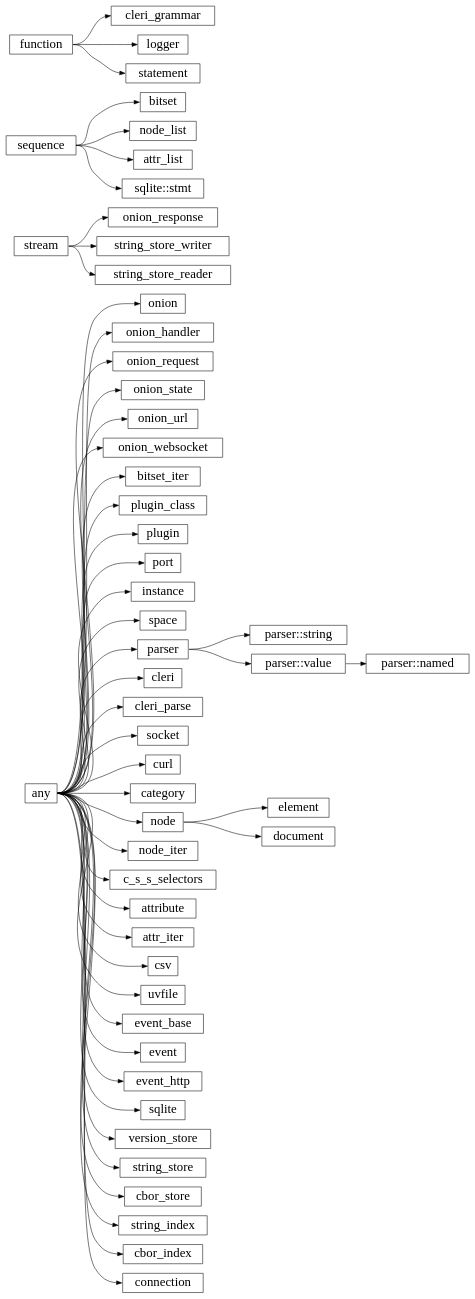
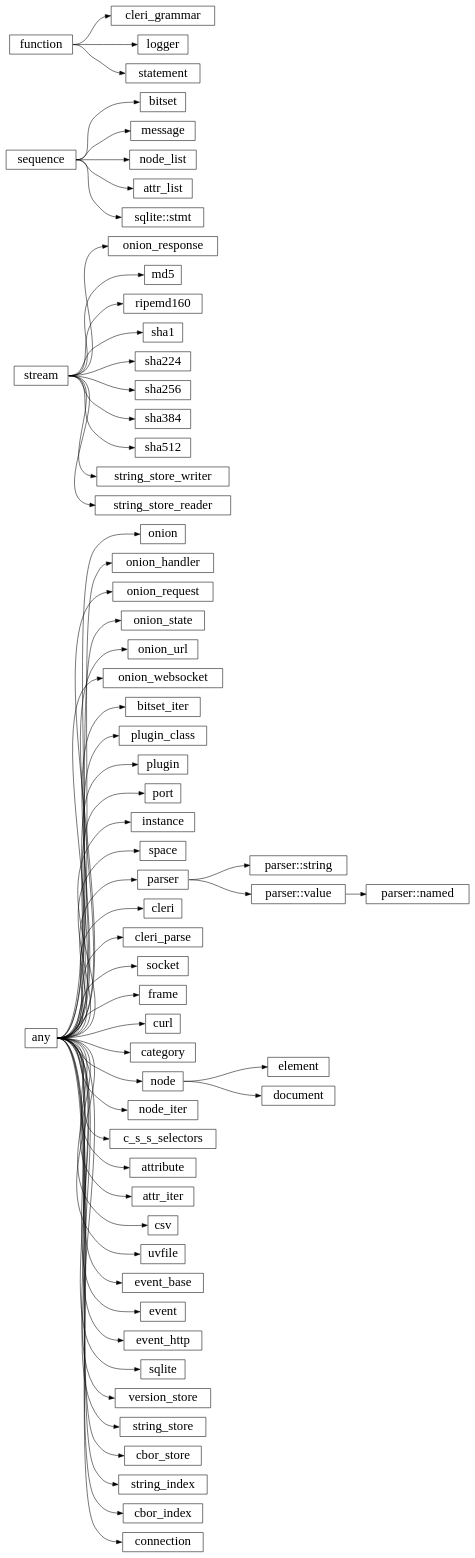
Before and after one commit to wrapl/minilang-libs: the diagram in docs/library/hierarchy.rst, drawn with Graphviz. The commit also changed 19 other files, not shown here.

```diff
--- a/docs/library/hierarchy.rst
+++ b/docs/library/hierarchy.rst
@@ -5,61 +5,70 @@
 .. graphviz::
 
    digraph hierarchy {
       rankdir="LR";
       fontsize="40pt"
       concentrate=true;
       overlap=false;
       packMode="node";
       outputorder="edgesfirst";
       node [shape=box,fontsize=24];
       "any":e -> "onion":w;
       "any":e -> "onion_handler":w;
       "any":e -> "onion_request":w;
       "stream":e -> "onion_response":w;
       "any":e -> "onion_state":w;
       "any":e -> "onion_url":w;
       "any":e -> "onion_websocket":w;
       "sequence":e -> "bitset":w;
       "any":e -> "bitset_iter":w;
       "any":e -> "plugin_class":w;
       "any":e -> "plugin":w;
       "any":e -> "port":w;
       "any":e -> "instance":w;
       "any":e -> "space":w;
       "any":e -> "parser":w;
       "parser":e -> "parser::string":w;
       "parser":e -> "parser::value":w;
       "parser::value":e -> "parser::named":w;
       "any":e -> "cleri":w;
       "any":e -> "cleri_parse":w;
       "function":e -> "cleri_grammar":w;
       "any":e -> "socket":w;
+      "any":e -> "frame":w;
+      "sequence":e -> "message":w;
       "any":e -> "curl":w;
       "function":e -> "logger":w;
       "any":e -> "category":w;
       "any":e -> "node":w;
       "sequence":e -> "node_list":w;
       "any":e -> "node_iter":w;
       "any":e -> "c_s_s_selectors":w;
       "node":e -> "element":w;
       "any":e -> "attribute":w;
       "sequence":e -> "attr_list":w;
       "any":e -> "attr_iter":w;
       "node":e -> "document":w;
       "any":e -> "csv":w;
       "any":e -> "uvfile":w;
       "any":e -> "event_base":w;
       "any":e -> "event":w;
       "any":e -> "event_http":w;
+      "stream":e -> "md5":w;
+      "stream":e -> "ripemd160":w;
+      "stream":e -> "sha1":w;
+      "stream":e -> "sha224":w;
+      "stream":e -> "sha256":w;
+      "stream":e -> "sha384":w;
+      "stream":e -> "sha512":w;
       "any":e -> "sqlite":w;
       "sequence":e -> "sqlite::stmt":w;
       "any":e -> "version_store":w;
       "any":e -> "string_store":w;
       "stream":e -> "string_store_writer":w;
       "stream":e -> "string_store_reader":w;
       "any":e -> "cbor_store":w;
       "any":e -> "string_index":w;
       "any":e -> "cbor_index":w;
       "any":e -> "connection":w;
       "function":e -> "statement":w;
    }
```
